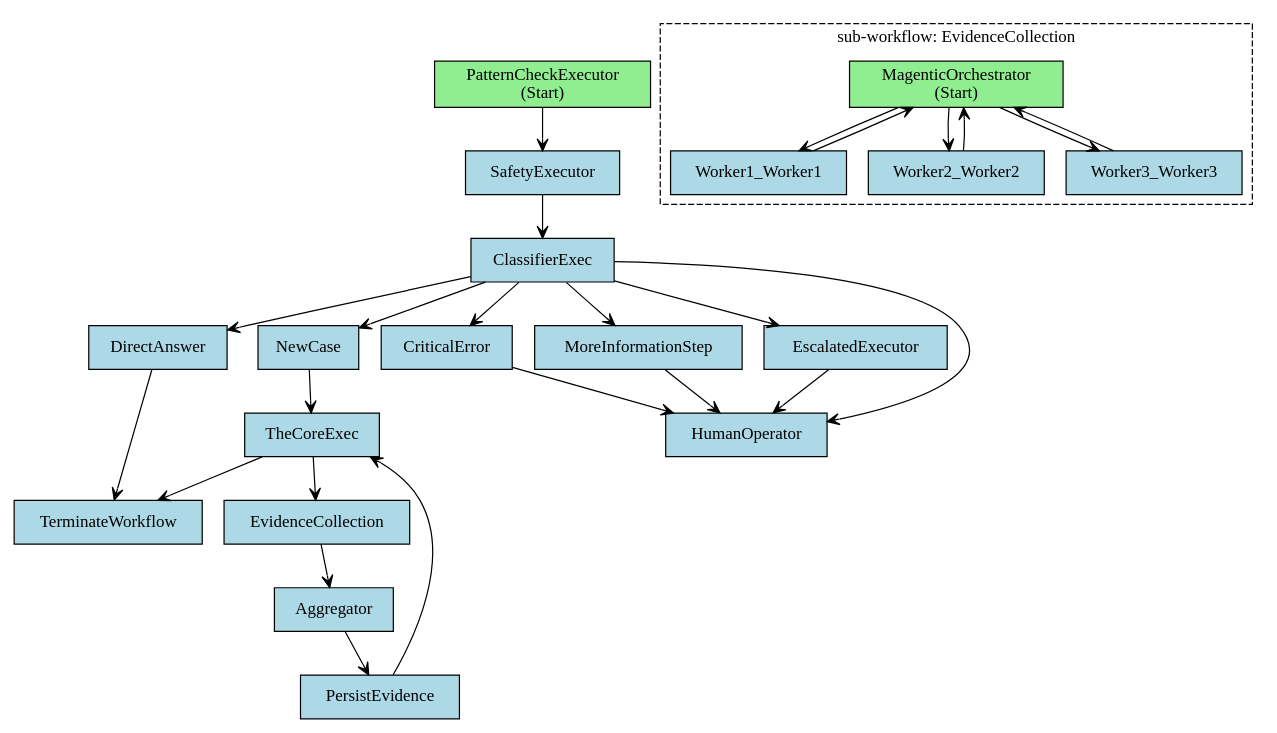
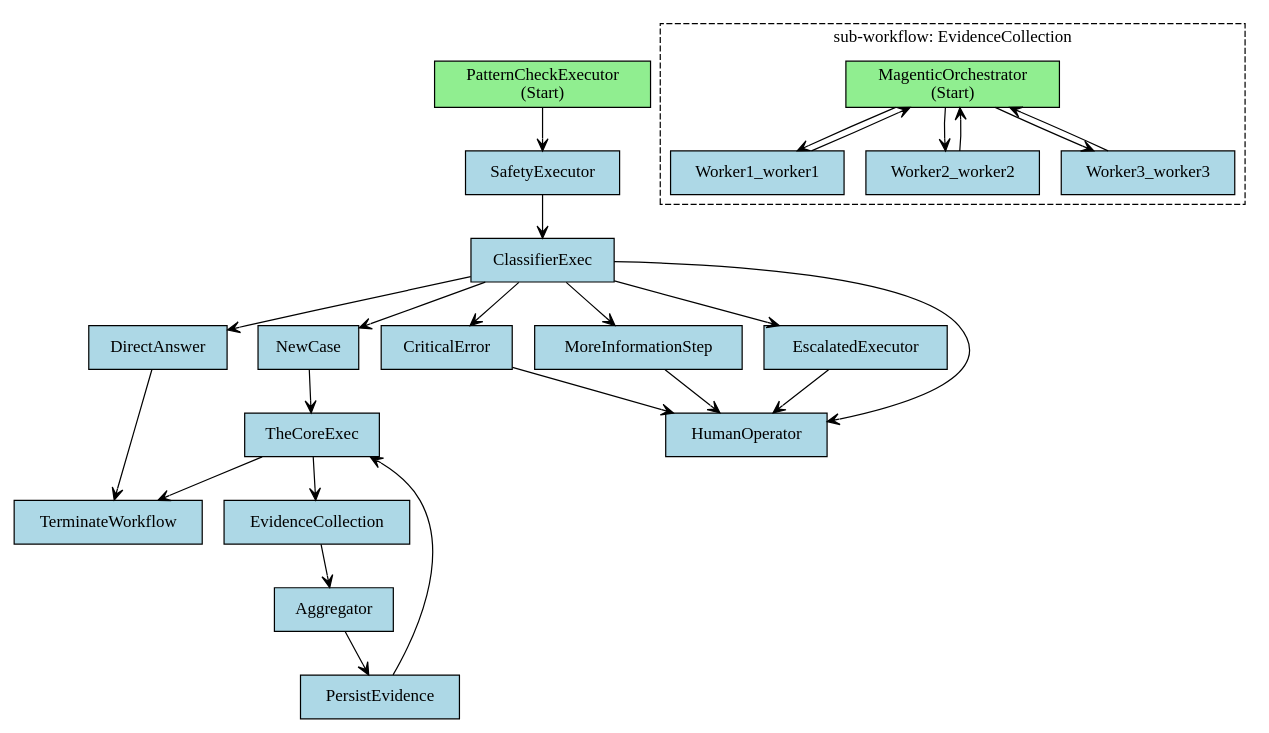
Before and after one commit to KyleC69/SentinelCore: the diagram in projects/SentinelCore.UI/workflow.dot, drawn with Graphviz. The commit also changed 32 other files, not shown here.

```diff
--- a/projects/SentinelCore.UI/workflow.dot
+++ b/projects/SentinelCore.UI/workflow.dot
@@ -1,52 +1,52 @@
 digraph Workflow {
   rankdir=TD;
   node [shape=box, style=filled, fillcolor=lightblue];
   edge [color=black, arrowhead=vee];
 
   "PatternCheckExecutor" [fillcolor=lightgreen, label="PatternCheckExecutor\n(Start)"];
   "SafetyExecutor" [label="SafetyExecutor"];
   "ClassifierExec" [label="ClassifierExec"];
   "NewCase" [label="NewCase"];
   "DirectAnswer" [label="DirectAnswer"];
   "CriticalError" [label="CriticalError"];
   "MoreInformationStep" [label="MoreInformationStep"];
   "EscalatedExecutor" [label="EscalatedExecutor"];
   "HumanOperator" [label="HumanOperator"];
   "TerminateWorkflow" [label="TerminateWorkflow"];
   "TheCoreExec" [label="TheCoreExec"];
   "EvidenceCollection" [label="EvidenceCollection"];
   "Aggregator" [label="Aggregator"];
   "PersistEvidence" [label="PersistEvidence"];
   "PatternCheckExecutor" -> "SafetyExecutor";
   "SafetyExecutor" -> "ClassifierExec";
   "ClassifierExec" -> "NewCase";
   "ClassifierExec" -> "DirectAnswer";
   "ClassifierExec" -> "CriticalError";
   "ClassifierExec" -> "MoreInformationStep";
   "ClassifierExec" -> "EscalatedExecutor";
   "ClassifierExec" -> "HumanOperator";
   "CriticalError" -> "HumanOperator";
   "MoreInformationStep" -> "HumanOperator";
   "EscalatedExecutor" -> "HumanOperator";
   "DirectAnswer" -> "TerminateWorkflow";
   "NewCase" -> "TheCoreExec";
   "TheCoreExec" -> "EvidenceCollection";
   "TheCoreExec" -> "TerminateWorkflow";
   "EvidenceCollection" -> "Aggregator";
   "Aggregator" -> "PersistEvidence";
   "PersistEvidence" -> "TheCoreExec";
   subgraph cluster_0D879038 {
     label="sub-workflow: EvidenceCollection";
     style=dashed;
     "EvidenceCollection/MagenticOrchestrator" [fillcolor=lightgreen, label="MagenticOrchestrator\n(Start)"];
-    "EvidenceCollection/Worker1_Worker1" [label="Worker1_Worker1"];
-    "EvidenceCollection/Worker2_Worker2" [label="Worker2_Worker2"];
-    "EvidenceCollection/Worker3_Worker3" [label="Worker3_Worker3"];
-    "EvidenceCollection/Worker1_Worker1" -> "EvidenceCollection/MagenticOrchestrator";
-    "EvidenceCollection/Worker2_Worker2" -> "EvidenceCollection/MagenticOrchestrator";
-    "EvidenceCollection/Worker3_Worker3" -> "EvidenceCollection/MagenticOrchestrator";
-    "EvidenceCollection/MagenticOrchestrator" -> "EvidenceCollection/Worker1_Worker1";
-    "EvidenceCollection/MagenticOrchestrator" -> "EvidenceCollection/Worker2_Worker2";
-    "EvidenceCollection/MagenticOrchestrator" -> "EvidenceCollection/Worker3_Worker3";
+    "EvidenceCollection/Worker1_worker1" [label="Worker1_worker1"];
+    "EvidenceCollection/Worker2_worker2" [label="Worker2_worker2"];
+    "EvidenceCollection/Worker3_worker3" [label="Worker3_worker3"];
+    "EvidenceCollection/Worker1_worker1" -> "EvidenceCollection/MagenticOrchestrator";
+    "EvidenceCollection/Worker2_worker2" -> "EvidenceCollection/MagenticOrchestrator";
+    "EvidenceCollection/Worker3_worker3" -> "EvidenceCollection/MagenticOrchestrator";
+    "EvidenceCollection/MagenticOrchestrator" -> "EvidenceCollection/Worker1_worker1";
+    "EvidenceCollection/MagenticOrchestrator" -> "EvidenceCollection/Worker2_worker2";
+    "EvidenceCollection/MagenticOrchestrator" -> "EvidenceCollection/Worker3_worker3";
   }
 }
```
